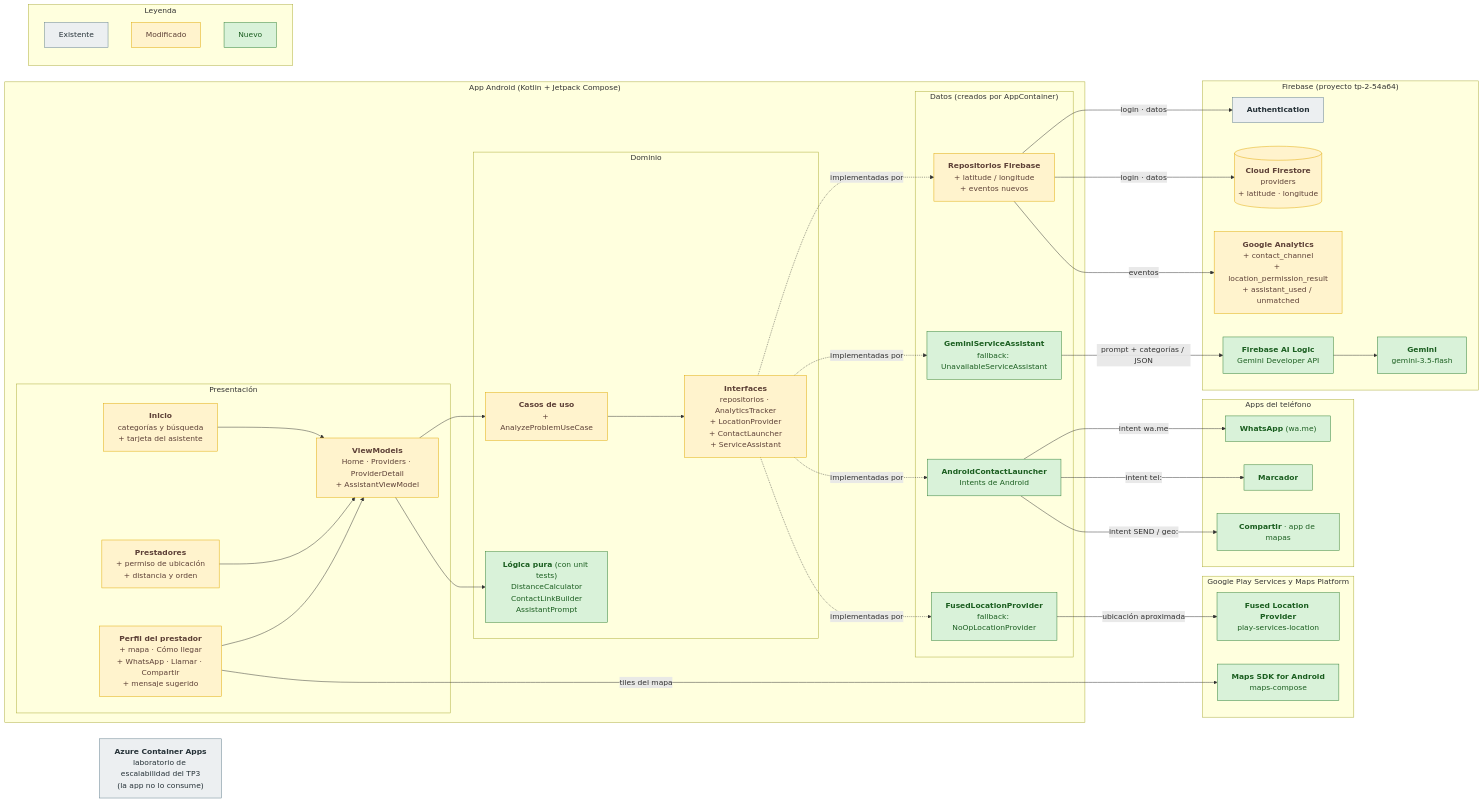
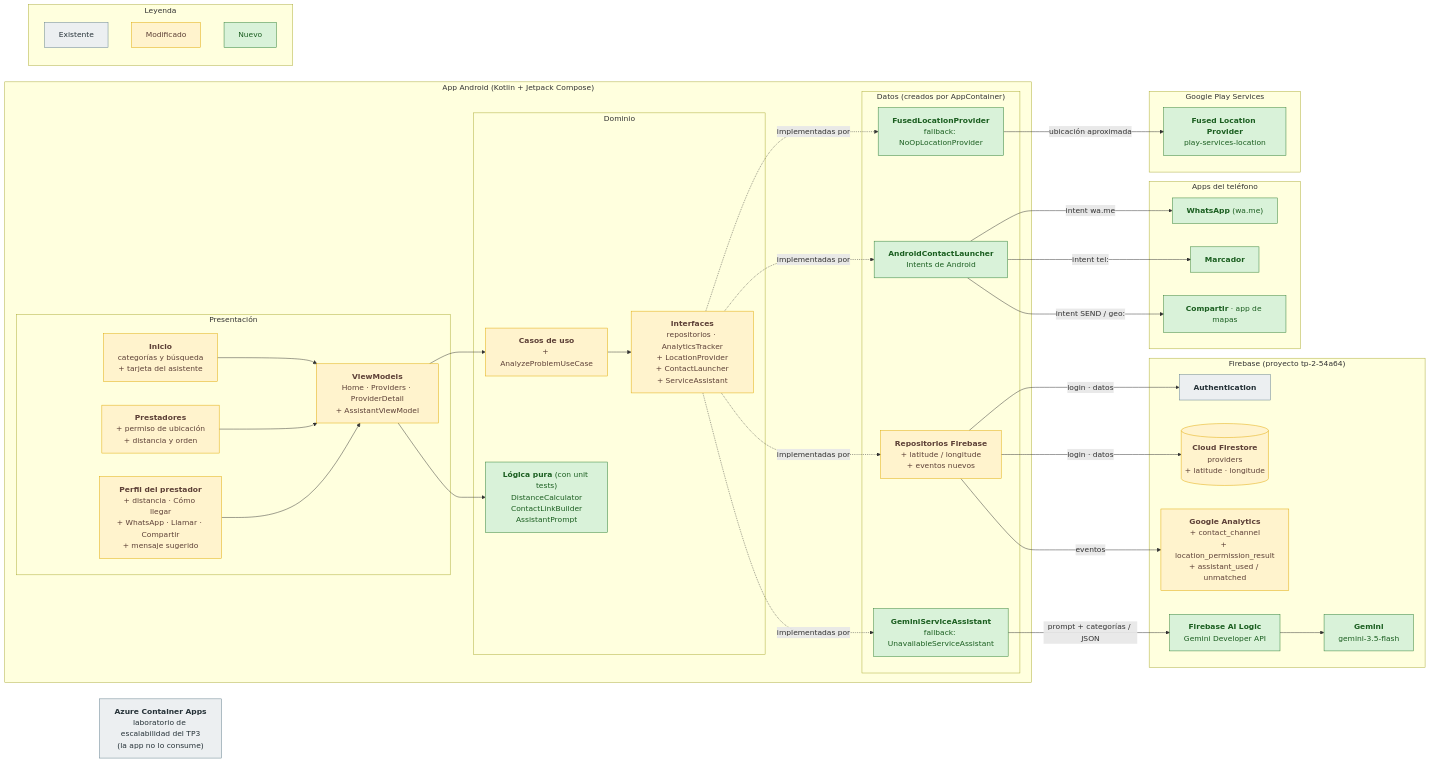
One commit to Gon-nazz19/ServiciosYA changed the ninth of 10 diagrams in docs/ARQUITECTURA.md. Above: the diagram before and after it, drawn with Mermaid. The commit also changed other lines of this file and 8 other files, not shown here.

````diff
--- a/docs/ARQUITECTURA.md
+++ b/docs/ARQUITECTURA.md
@@ -405,70 +405,68 @@
 ```mermaid
 flowchart LR
     subgraph APP["App Android (Kotlin + Jetpack Compose)"]
         subgraph UI["Presentación"]
             HOME["<b>Inicio</b><br/>categorías y búsqueda<br/>+ tarjeta del asistente"]
             LIST["<b>Prestadores</b><br/>+ permiso de ubicación<br/>+ distancia y orden"]
-            DET["<b>Perfil del prestador</b><br/>+ mapa · Cómo llegar<br/>+ WhatsApp · Llamar · Compartir<br/>+ mensaje sugerido"]
+            DET["<b>Perfil del prestador</b><br/>+ distancia · Cómo llegar<br/>+ WhatsApp · Llamar · Compartir<br/>+ mensaje sugerido"]
             VM["<b>ViewModels</b><br/>Home · Providers · ProviderDetail<br/>+ AssistantViewModel"]
         end
         subgraph DOM["Dominio"]
             UC["<b>Casos de uso</b><br/>+ AnalyzeProblemUseCase"]
             PURE["<b>Lógica pura</b> (con unit tests)<br/>DistanceCalculator<br/>ContactLinkBuilder<br/>AssistantPrompt"]
             IFACE["<b>Interfaces</b><br/>repositorios · AnalyticsTracker<br/>+ LocationProvider<br/>+ ContactLauncher<br/>+ ServiceAssistant"]
         end
         subgraph DAT["Datos (creados por AppContainer)"]
             REPO["<b>Repositorios Firebase</b><br/>+ latitude / longitude<br/>+ eventos nuevos"]
             GEM["<b>GeminiServiceAssistant</b><br/>fallback: UnavailableServiceAssistant"]
             CON["<b>AndroidContactLauncher</b><br/>Intents de Android"]
             LOC["<b>FusedLocationProvider</b><br/>fallback: NoOpLocationProvider"]
         end
     end
 
     subgraph FB["Firebase (proyecto tp-2-54a64)"]
         AUTH["<b>Authentication</b>"]
         FS[("<b>Cloud Firestore</b><br/>providers<br/>+ latitude · longitude")]
         GA["<b>Google Analytics</b><br/>+ contact_channel<br/>+ location_permission_result<br/>+ assistant_used / unmatched"]
         AIL["<b>Firebase AI Logic</b><br/>Gemini Developer API"]
         GEMINI["<b>Gemini</b><br/>gemini-3.5-flash"]
     end
 
     subgraph OTHER["Apps del teléfono"]
         WA["<b>WhatsApp</b> (wa.me)"]
         DIAL["<b>Marcador</b>"]
         SHARE["<b>Compartir</b> · app de mapas"]
     end
 
-    subgraph GOOGLE["Google Play Services y Maps Platform"]
+    subgraph GOOGLE["Google Play Services"]
         GPS["<b>Fused Location Provider</b><br/>play-services-location"]
-        MAPS["<b>Maps SDK for Android</b><br/>maps-compose"]
     end
 
     subgraph LEG["Leyenda"]
         L1["Existente"]
         L2["Modificado"]
         L3["Nuevo"]
     end
 
     AZ["<b>Azure Container Apps</b><br/>laboratorio de escalabilidad del TP3<br/>(la app no lo consume)"]
 
     HOME & LIST & DET --> VM
     VM --> UC & PURE
     UC --> IFACE
     IFACE -. "implementadas por" .-> REPO & GEM & CON & LOC
     REPO -- "login · datos" --> AUTH & FS
     REPO -- "eventos" --> GA
     GEM -- "prompt + categorías / JSON" --> AIL
     AIL --> GEMINI
     CON -- "intent wa.me" --> WA
     CON -- "intent tel:" --> DIAL
     CON -- "intent SEND / geo:" --> SHARE
     LOC -- "ubicación aproximada" --> GPS
-    DET -- "tiles del mapa" --> MAPS
 
     classDef existing fill:#eceff1,stroke:#607d8b,color:#263238;
     classDef modified fill:#fff3cd,stroke:#e0a800,color:#5d4037;
     classDef new fill:#d9f2d9,stroke:#2e7d32,color:#1b5e20;
     class AUTH,AZ,L1 existing;
     class HOME,LIST,DET,VM,UC,IFACE,REPO,FS,GA,L2 modified;
-    class PURE,LOC,CON,GEM,GPS,MAPS,WA,DIAL,SHARE,AIL,GEMINI,L3 new;
+    class PURE,LOC,CON,GEM,GPS,WA,DIAL,SHARE,AIL,GEMINI,L3 new;
 ```
````
